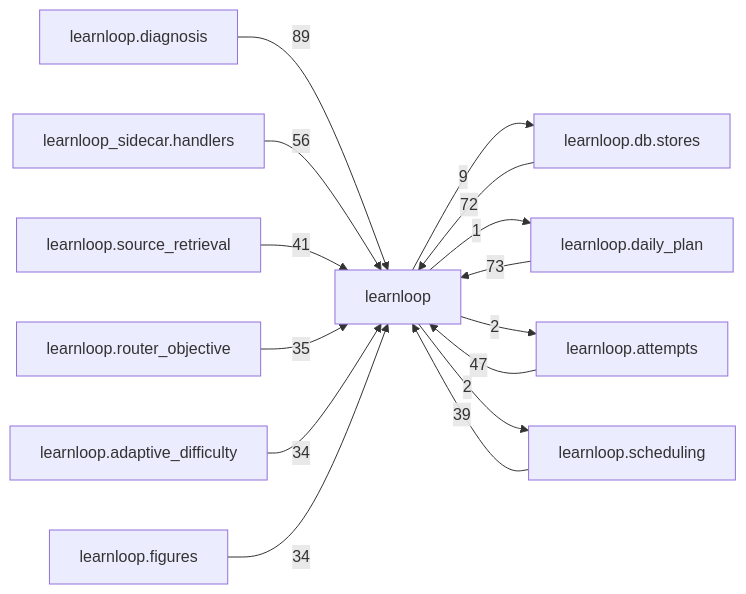
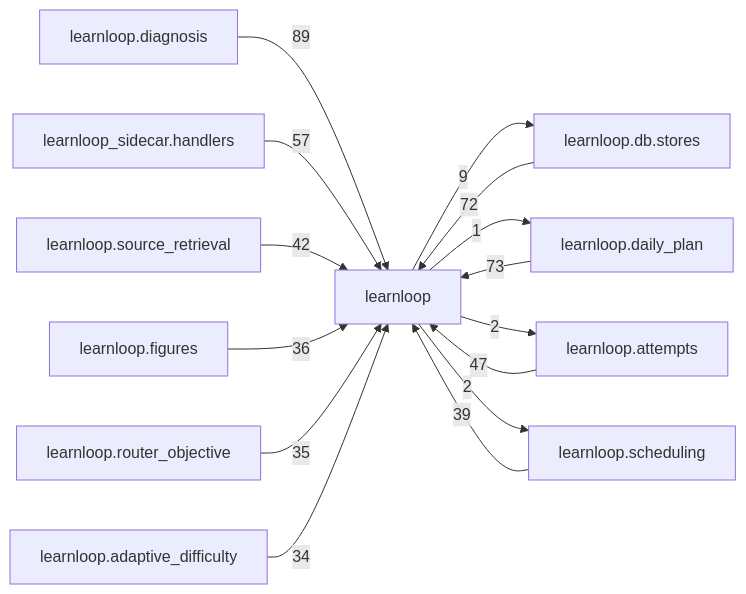
Before and after one commit to 6up-b/learnanything: the diagram in docs/learnloop-architecture-vault/Reference/Modules/learnloop/_package.md, drawn with Mermaid. The commit also changed other lines of this file and 201 other files, not shown here.

````diff
--- a/docs/learnloop-architecture-vault/Reference/Modules/learnloop/_package.md
+++ b/docs/learnloop-architecture-vault/Reference/Modules/learnloop/_package.md
@@ -275,28 +275,28 @@
 ```mermaid
 flowchart LR
     center["learnloop"]
     n_learnloop_diagnosis["learnloop.diagnosis"]
     n_learnloop_db_stores["learnloop.db.stores"]
     n_learnloop_daily_plan["learnloop.daily_plan"]
     n_learnloop_sidecar_handlers["learnloop_sidecar.handlers"]
     n_learnloop_attempts["learnloop.attempts"]
+    n_learnloop_source_retrieval["learnloop.source_retrieval"]
     n_learnloop_scheduling["learnloop.scheduling"]
-    n_learnloop_source_retrieval["learnloop.source_retrieval"]
+    n_learnloop_figures["learnloop.figures"]
     n_learnloop_router_objective["learnloop.router_objective"]
     n_learnloop_adaptive_difficulty["learnloop.adaptive_difficulty"]
-    n_learnloop_figures["learnloop.figures"]
     n_learnloop_diagnosis -->|89| center
     n_learnloop_db_stores -->|72| center
     center -->|9| n_learnloop_db_stores
     n_learnloop_daily_plan -->|73| center
     center -->|1| n_learnloop_daily_plan
-    n_learnloop_sidecar_handlers -->|56| center
+    n_learnloop_sidecar_handlers -->|57| center
     n_learnloop_attempts -->|47| center
     center -->|2| n_learnloop_attempts
+    n_learnloop_source_retrieval -->|42| center
     n_learnloop_scheduling -->|39| center
     center -->|2| n_learnloop_scheduling
-    n_learnloop_source_retrieval -->|41| center
+    n_learnloop_figures -->|36| center
     n_learnloop_router_objective -->|35| center
     n_learnloop_adaptive_difficulty -->|34| center
-    n_learnloop_figures -->|34| center
 ```
````
